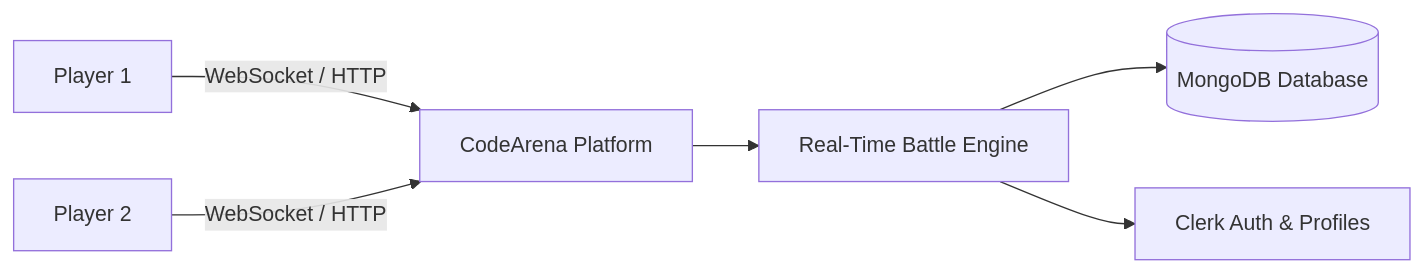
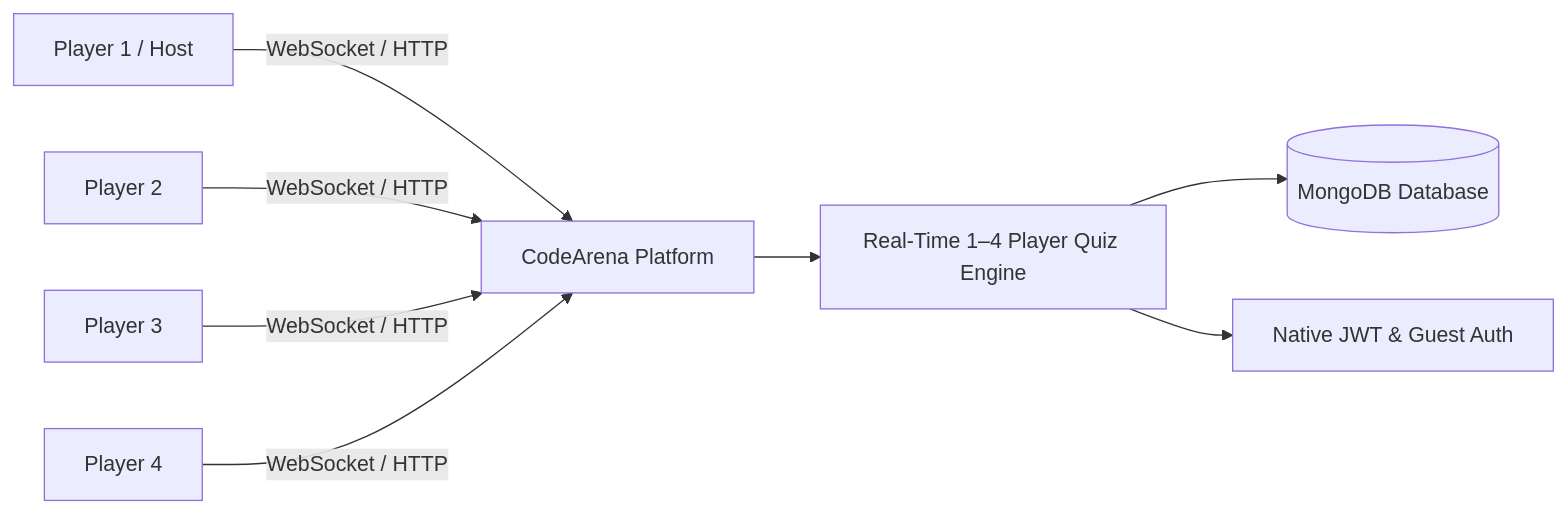
One commit to harshverma-25/CodeArena changed the first of 2 diagrams in docs/00-project-overview.md. Above: the diagram before and after it, drawn with Mermaid. The commit also changed other lines of this file and 19 other files, not shown here.

Commit message:
refactor: clean up legacy quiz platform code

````diff
--- a/docs/00-project-overview.md
+++ b/docs/00-project-overview.md
@@ -9,8 +9,10 @@
 ```mermaid
 graph LR
-    User1[Player 1] -- WebSocket / HTTP --> LB[CodeArena Platform]
+    User1[Player 1 / Host] -- WebSocket / HTTP --> LB[CodeArena Platform]
     User2[Player 2] -- WebSocket / HTTP --> LB
-    LB --> Engine[Real-Time Battle Engine]
+    User3[Player 3] -- WebSocket / HTTP --> LB
+    User4[Player 4] -- WebSocket / HTTP --> LB
+    LB --> Engine[Real-Time 1–4 Player Quiz Engine]
     Engine --> DB[(MongoDB Database)]
-    Engine --> Clerk[Clerk Auth & Profiles]
+    Engine --> Auth[Native JWT & Guest Auth]
 ```
````
